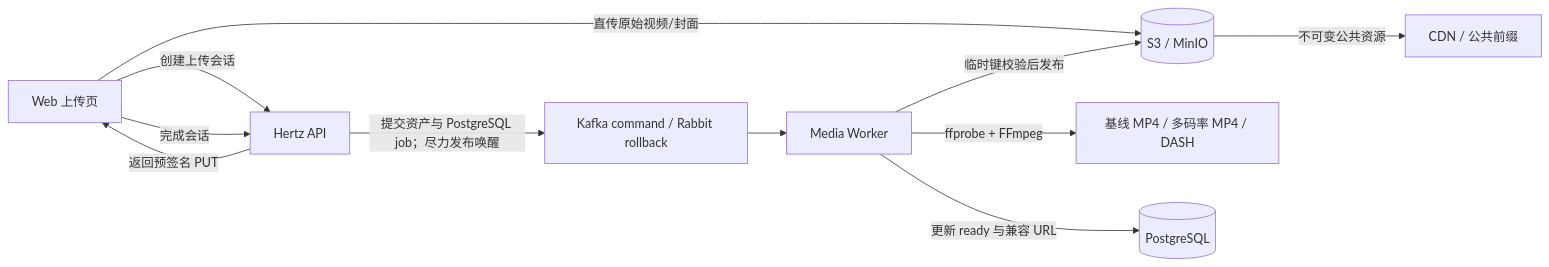
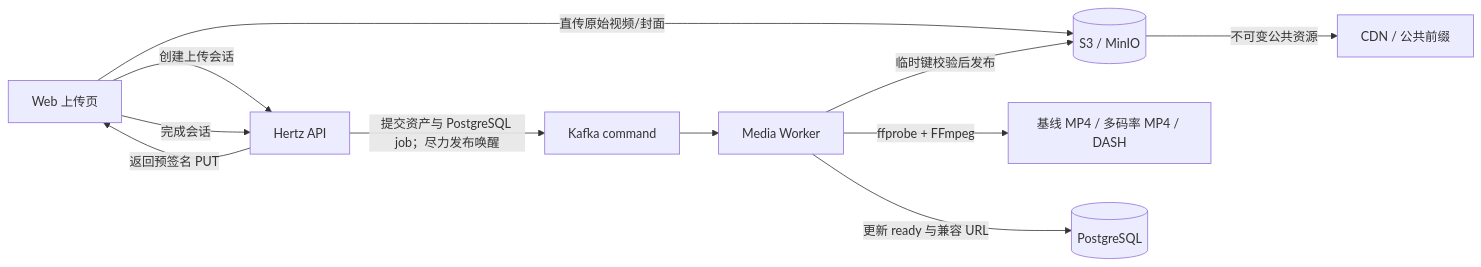
One commit to shiyudesu/frux changed the tenth of 11 diagrams in docs/architecture.md. Above: the diagram before and after it, drawn with Mermaid. The commit also changed other lines of this file and 103 other files, not shown here.

````diff
--- a/docs/architecture.md
+++ b/docs/architecture.md
@@ -625,13 +617,13 @@
 ```mermaid
 flowchart LR
   Web["Web 上传页"] -->|"创建上传会话"| API["Hertz API"]
   API -->|"返回预签名 PUT"| Web
   Web -->|"直传原始视频/封面"| S3[("S3 / MinIO")]
   Web -->|"完成会话"| API
-  API -->|"提交资产与 PostgreSQL job；尽力发布唤醒"| MQ["Kafka command / Rabbit rollback"]
+  API -->|"提交资产与 PostgreSQL job；尽力发布唤醒"| MQ["Kafka command"]
   MQ --> Worker["Media Worker"]
   Worker -->|"ffprobe + FFmpeg"| Outputs["基线 MP4 / 多码率 MP4 / DASH"]
   Worker -->|"临时键校验后发布"| S3
   Worker -->|"更新 ready 与兼容 URL"| PostgreSQL[("PostgreSQL")]
   S3 -->|"不可变公共资源"| CDN["CDN / 公共前缀"]
 ```
````
